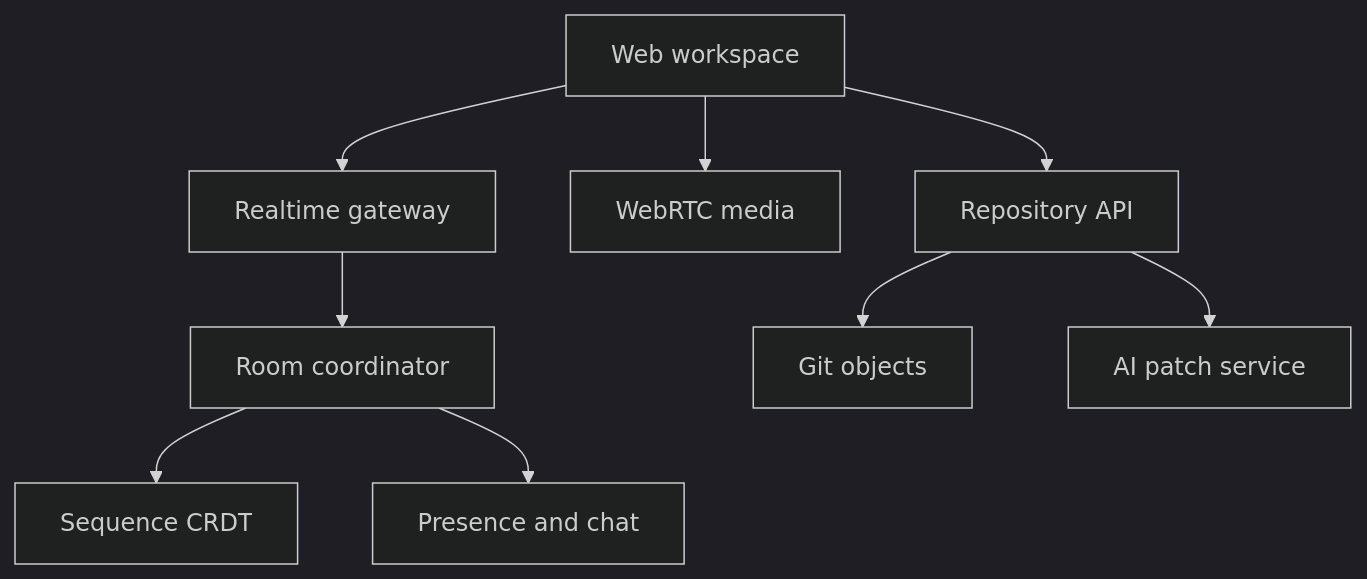
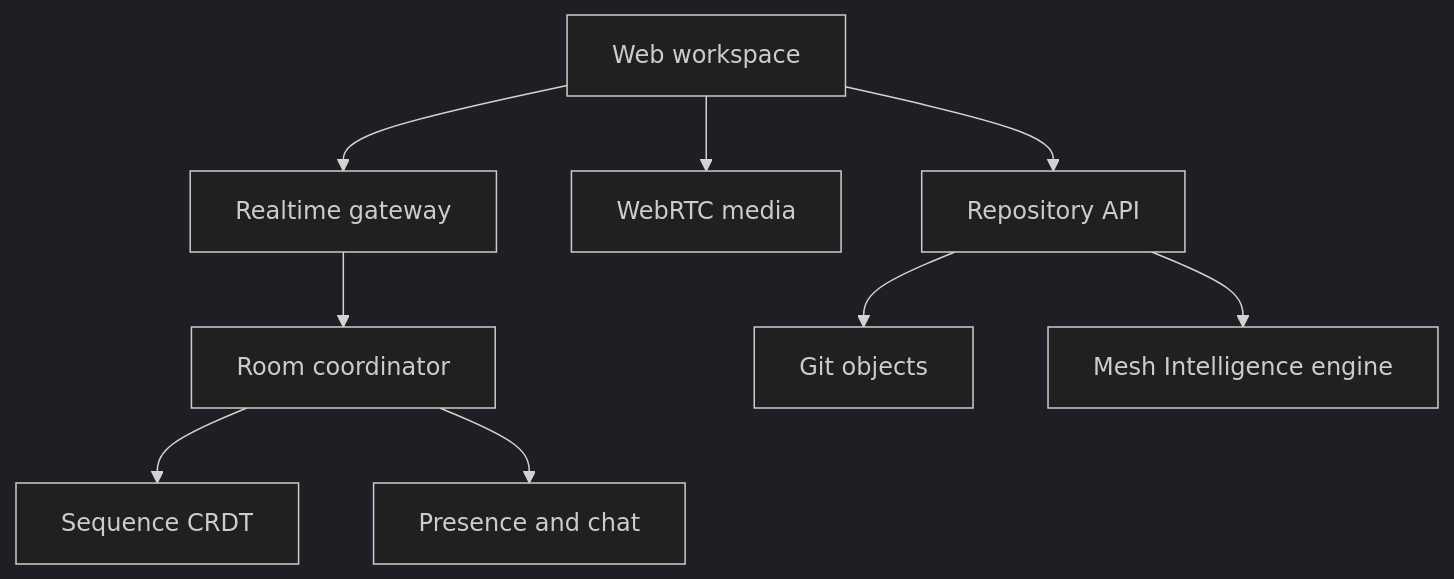
Before and after one commit to achalsood/meshforge: the diagram in README.md, drawn with Mermaid (dark theme). The commit also changed other lines of this file and 6 other files, not shown here.

````diff
--- a/README.md
+++ b/README.md
@@ -33,11 +33,11 @@
 ```mermaid
 flowchart TD
   UI[Web workspace] --> GW[Realtime gateway]
   GW --> DO[Room coordinator]
   DO --> CRDT[Sequence CRDT]
   DO --> BUS[Presence and chat]
   UI --> RTC[WebRTC media]
   UI --> API[Repository API]
   API --> OBJ[Git objects]
-  API --> AI[AI patch service]
+  API --> AI[Mesh Intelligence engine]
 ```
````
